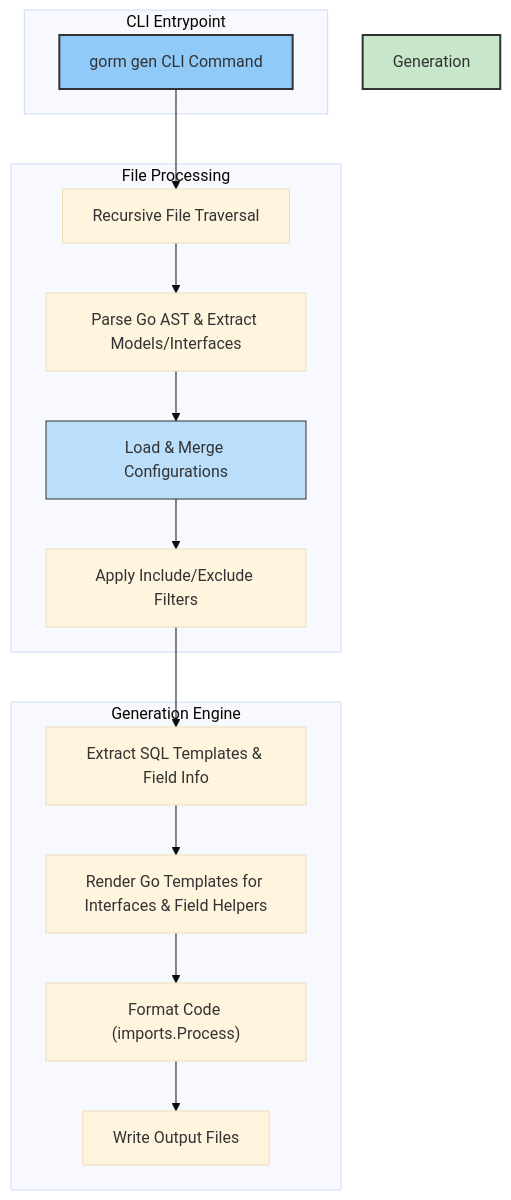
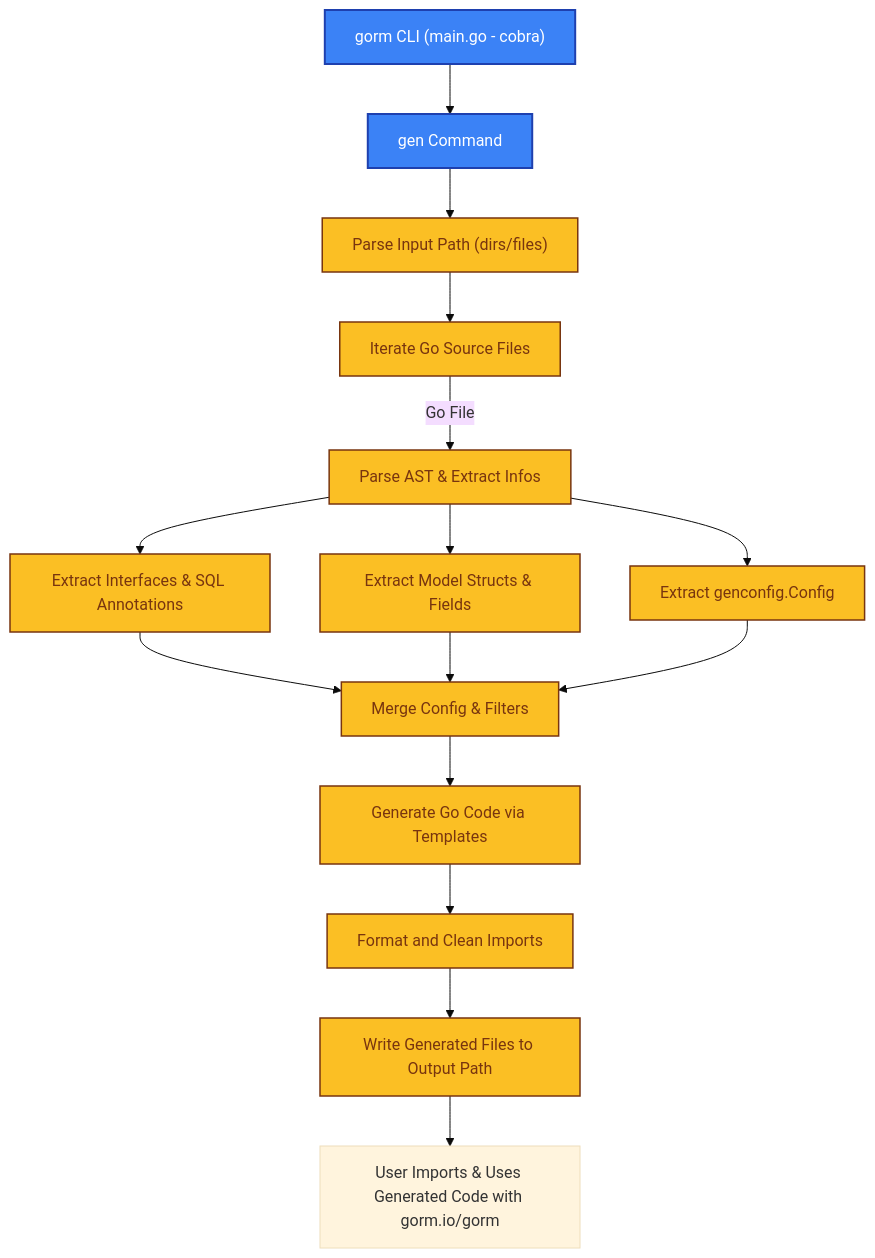
One commit to clidey/docucod-public-project-3a0e48a9-6b86-4d21-a930-072fe9723c66 changed the diagram in concepts/architecture-overview/system-architecture.mdx. Above: the diagram before and after it, drawn with Mermaid (base theme). The commit also changed other lines of this file and 30 other files, not shown here.

````diff
--- a/concepts/architecture-overview/system-architecture.mdx
+++ b/concepts/architecture-overview/system-architecture.mdx
@@ -260,29 +121,34 @@
 ```mermaid
 flowchart TD
 
-  subgraph CLI Entrypoint
-    CLI["gorm gen CLI Command"]
-  end
+  %% CLI Entry
+  CLI["gorm CLI (main.go - cobra)"] --> GenCmd["gen Command"]
 
-  subgraph File Processing
-    Walk["Recursive File Traversal"]
-    Parse["Parse Go AST & Extract Models/Interfaces"]
-    Config["Load & Merge Configurations"]
-    Filter["Apply Include/Exclude Filters"]
-  end
+  %% Input File Processing
+  GenCmd --> ParseInput["Parse Input Path (dirs/files)"]
+  ParseInput --> IterateFiles["Iterate Go Source Files"]
+  IterateFiles --> |Go File| ParseAST["Parse AST & Extract Infos"]
 
-  subgraph Generation Engine
-    Extract["Extract SQL Templates & Field Info"]
-    Render["Render Go Templates for Interfaces & Field Helpers"]
-    Format["Format Code (imports.Process)"]
-    Write["Write Output Files"]
-  end
+  %% Extraction
+  ParseAST --> ExtractInterfaces["Extract Interfaces & SQL Annotations"]
+  ParseAST --> ExtractStructs["Extract Model Structs & Fields"]
+  ParseAST --> ExtractConfig["Extract genconfig.Config"]
 
-  CLI --> Walk --> Parse --> Config --> Filter --> Extract --> Render --> Format --> Write
+  %% Code Generation
+  ExtractInterfaces --> MergeConfig["Merge Config & Filters"]
+  ExtractStructs --> MergeConfig
+  ExtractConfig --> MergeConfig
+  MergeConfig --> ExecuteTemplate["Generate Go Code via Templates"]
+  ExecuteTemplate --> FormatCode["Format and Clean Imports"]
 
-  classDef config fill:#bbdefb,stroke:#333,stroke-width:1px
-  class Config config
+  %% Output
+  FormatCode --> WriteFiles["Write Generated Files to Output Path"]
 
-  style CLI fill:#90caf9,stroke:#333,stroke-width:2px
-  style Generation fill:#c8e6c9,stroke:#333,stroke-width:2px
+  %% User Integration
+  WriteFiles --> UserCode["User Imports & Uses Generated Code with gorm.io/gorm"]
+
+  classDef cliColor fill:#3b82f6,color:white,stroke:#1e40af,stroke-width:2px
+  classDef processColor fill:#fbbf24,color:#78350f,stroke:#78350f,stroke-width:1.5px
+  class CLI,GenCmd cliColor
+  class ParseInput,IterateFiles,ParseAST,ExtractInterfaces,ExtractStructs,ExtractConfig,MergeConfig,ExecuteTemplate,FormatCode,WriteFiles processColor
 ```
````
